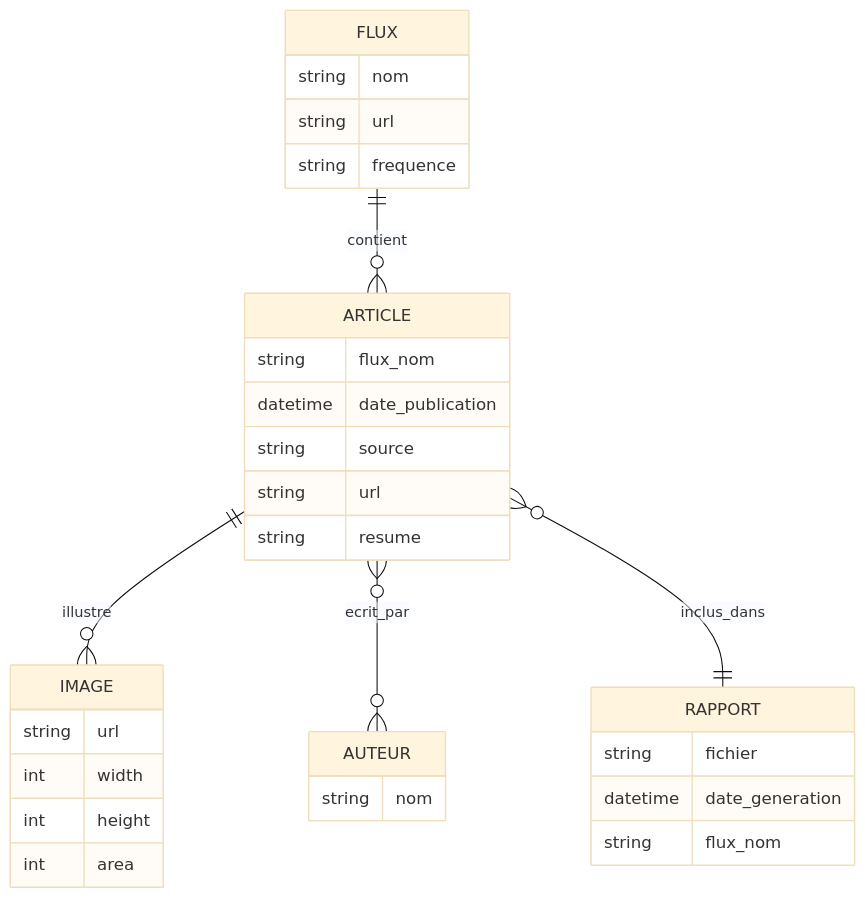
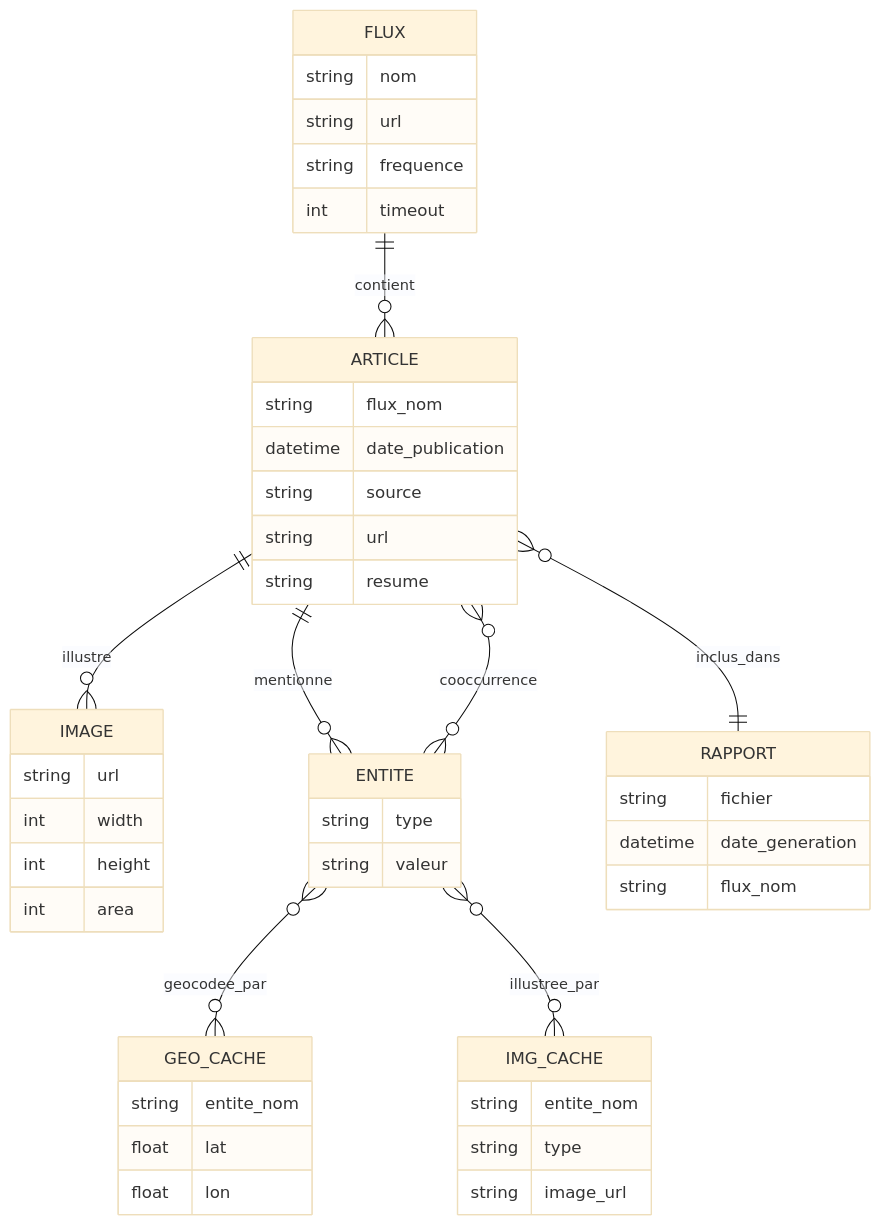
The fifth of 11 diagrams in docs/ARCHITECTURE.md (pat-the-geek/AnalyseActualites), drawn with Mermaid (base theme) before and after one commit. The commit also changed other lines of this file, not shown here.

First line of the commit message:
docs: mise à jour ARCHITECTURE.md v4.0 (mars 2026)

````diff
--- a/docs/ARCHITECTURE.md
+++ b/docs/ARCHITECTURE.md
@@ -321,33 +442,48 @@
 ```mermaid
 erDiagram
     FLUX ||--o{ ARTICLE : contient
     FLUX {
         string nom
         string url
         string frequence
+        int timeout
     }
     ARTICLE {
         string flux_nom
         datetime date_publication
         string source
         string url
         string resume
     }
     ARTICLE ||--o{ IMAGE : illustre
     IMAGE {
         string url
         int width
         int height
         int area
     }
-    ARTICLE }o--o{ AUTEUR : ecrit_par
-    AUTEUR {
-        string nom
+    ARTICLE ||--o{ ENTITE : mentionne
+    ENTITE {
+        string type
+        string valeur
     }
+    ENTITE }o--o{ ARTICLE : cooccurrence
     ARTICLE }o--|| RAPPORT : inclus_dans
     RAPPORT {
         string fichier
         datetime date_generation
         string flux_nom
     }
+    ENTITE }o--o{ GEO_CACHE : geocodee_par
+    GEO_CACHE {
+        string entite_nom
+        float lat
+        float lon
+    }
+    ENTITE }o--o{ IMG_CACHE : illustree_par
+    IMG_CACHE {
+        string entite_nom
+        string type
+        string image_url
+    }
 ```
````
